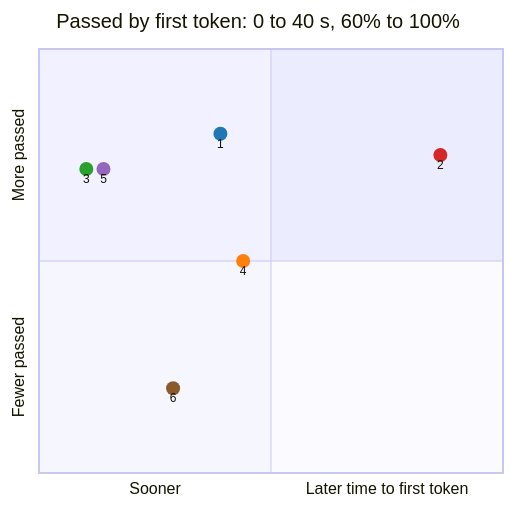
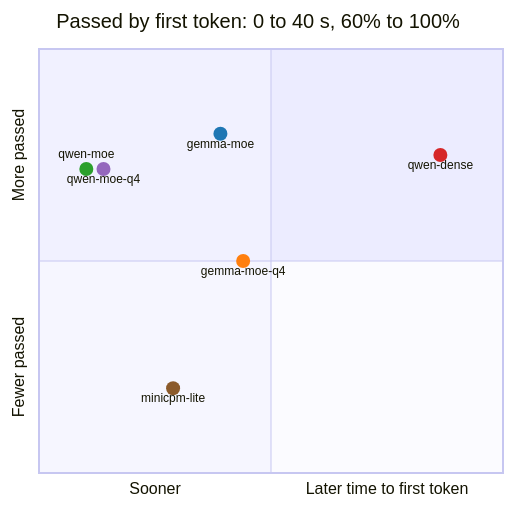
One commit to aarora79/meru changed the fourth of 5 diagrams in docs/benchmarks/results.md. Above: the diagram before and after it, drawn with Mermaid. The commit also changed other lines of this file and 3 other files, not shown here.

````diff
--- a/docs/benchmarks/results.md
+++ b/docs/benchmarks/results.md
@@ -74,12 +74,13 @@
 ```mermaid
 quadrantChart
     title Passed by first token: 0 to 40 s, 60% to 100%
     x-axis "Sooner" --> "Later time to first token"
     y-axis "Fewer passed" --> "More passed"
-    1: [0.391, 0.800] color: #1f77b4, radius: 7
-    2: [0.865, 0.750] color: #d62728, radius: 7
-    3: [0.102, 0.717] color: #2ca02c, radius: 7
-    4: [0.440, 0.500] color: #ff7f0e, radius: 7
-    5: [0.139, 0.717] color: #9467bd, radius: 7
-    6: [0.289, 0.200] color: #8b5a2b, radius: 7
+    qwen-dense: [0.865, 0.750] color: #d62728, radius: 7
+    gemma-moe-q4: [0.440, 0.500] color: #ff7f0e, radius: 7
+    gemma-moe: [0.391, 0.800] color: #1f77b4, radius: 7
+    minicpm-lite: [0.289, 0.200] color: #8b5a2b, radius: 7
+    qwen-moe-q4: [0.139, 0.717] color: #9467bd, radius: 7
+    ​: [0.102, 0.717] color: #2ca02c, radius: 7
+    qwen-moe: [0.102, 0.775] color: #2ca02c, radius: 0
 ```
````
